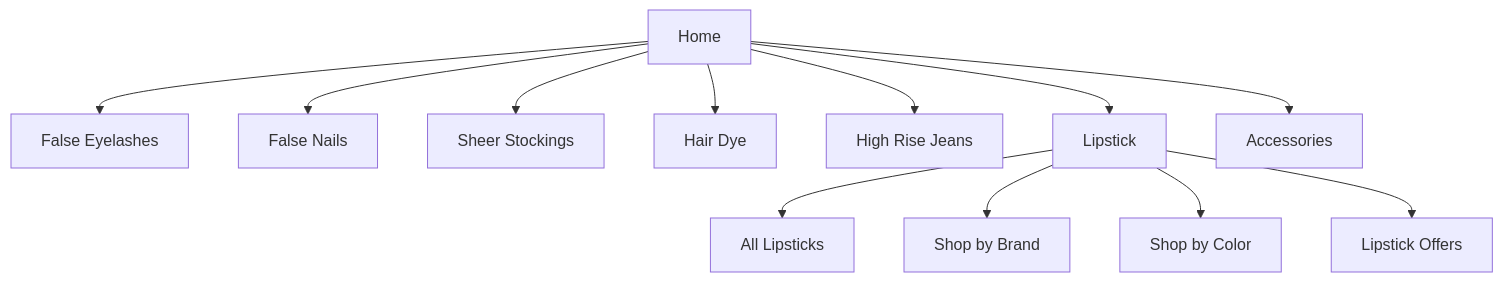
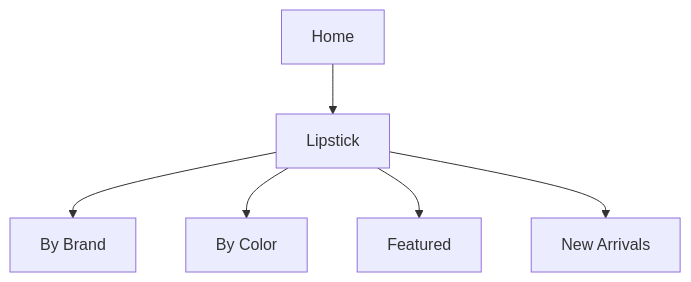
One commit to misterfitzy/false-eyelash-store changed the diagram in specs/product-spec.md. Above: the diagram before and after it, drawn with Mermaid. The commit also changed other lines of this file, not shown here.

Commit message:
Update specs/product-spec.md: Refined lipstick feature—filters, shade inventory, admin, shopper and UI/UX.

````diff
--- a/specs/product-spec.md
+++ b/specs/product-spec.md
@@ -21,15 +20,8 @@
 ```mermaid
 graph TD
-    A[Home]
-    A --> B[False Eyelashes]
-    A --> C[False Nails]
-    A --> D[Sheer Stockings]
-    A --> E[Hair Dye]
-    A --> F[High Rise Jeans]
-    A --> G[Lipstick]
-    A --> H[Accessories]
-    G --> G1[All Lipsticks]
-    G --> G2[Shop by Brand]
-    G --> G3[Shop by Color]
-    G --> G4[Lipstick Offers]
+H[Home] --> L[Lipstick]
+L --> LB[By Brand]
+L --> LC[By Color]
+L --> LF[Featured]
+L --> LN[New Arrivals]
 ```
````
